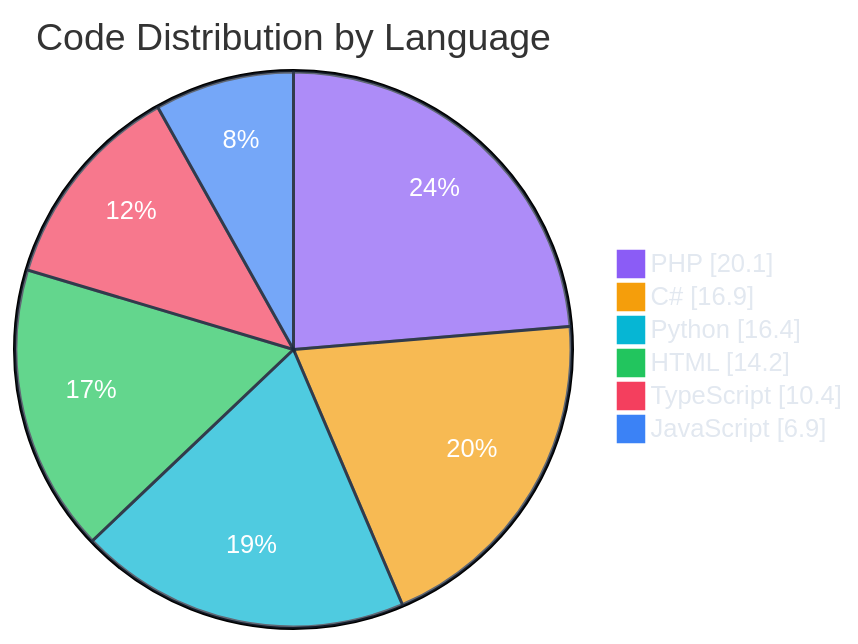
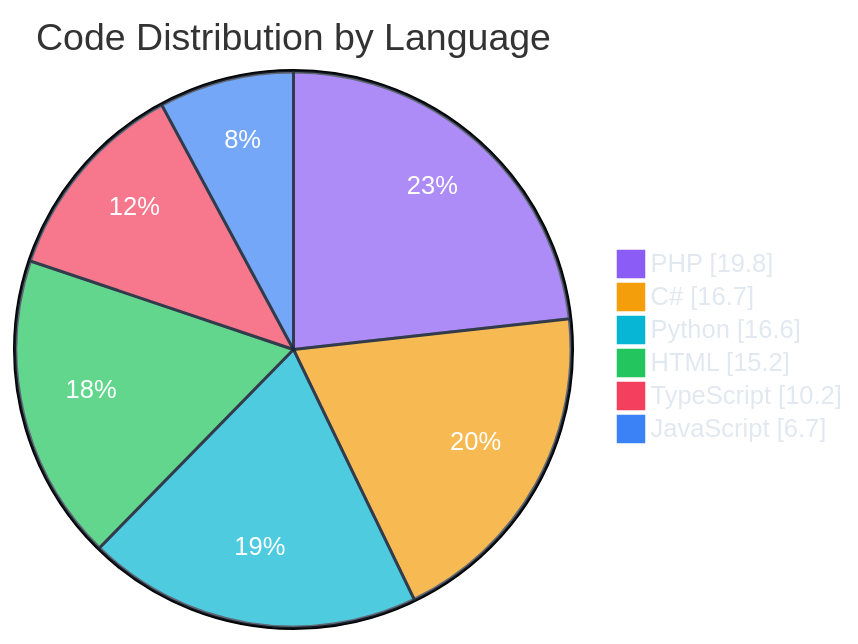
Before and after one commit to polo-nyan/polo-nyan: the second of 7 diagrams in README.md, drawn with Mermaid. The commit also changed other lines of this file and 1 other file, not shown here.

````diff
--- a/README.md
+++ b/README.md
@@ -229,11 +229,11 @@
 ```mermaid
 %%{init: {"theme": "base", "themeVariables": { "pie1": "#8b5cf6", "pie2": "#f59e0b", "pie3": "#06b6d4", "pie4": "#22c55e", "pie5": "#f43f5e", "pie6": "#3b82f6", "pie7": "#ec4899", "pieTextColor": "#ffffff", "pieLegendTextColor": "#e2e8f0", "pieSectionTextColor": "#ffffff", "pieStrokeColor": "#1e293b" }}}%%
 pie showData
     title Code Distribution by Language
-    "PHP" : 20.1
-    "C#" : 16.9
-    "Python" : 16.4
-    "HTML" : 14.2
-    "TypeScript" : 10.4
-    "JavaScript" : 6.9
+    "PHP" : 19.8
+    "C#" : 16.7
+    "Python" : 16.6
+    "HTML" : 15.2
+    "TypeScript" : 10.2
+    "JavaScript" : 6.7
 ```
````
